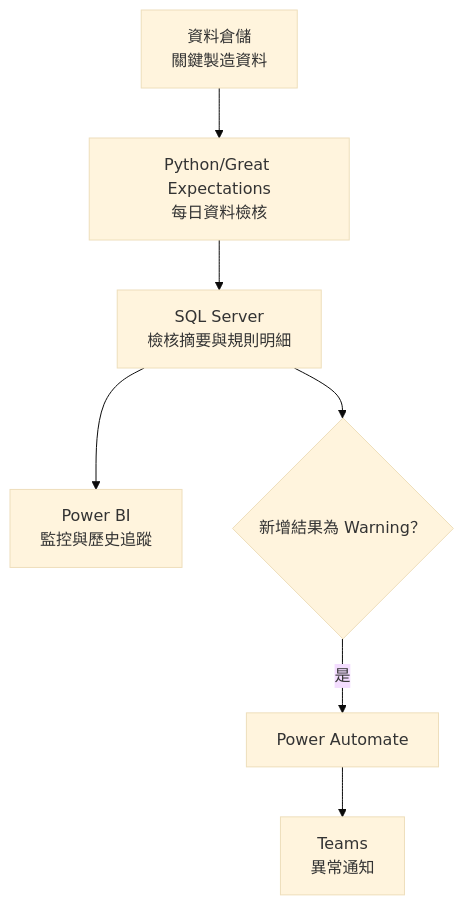
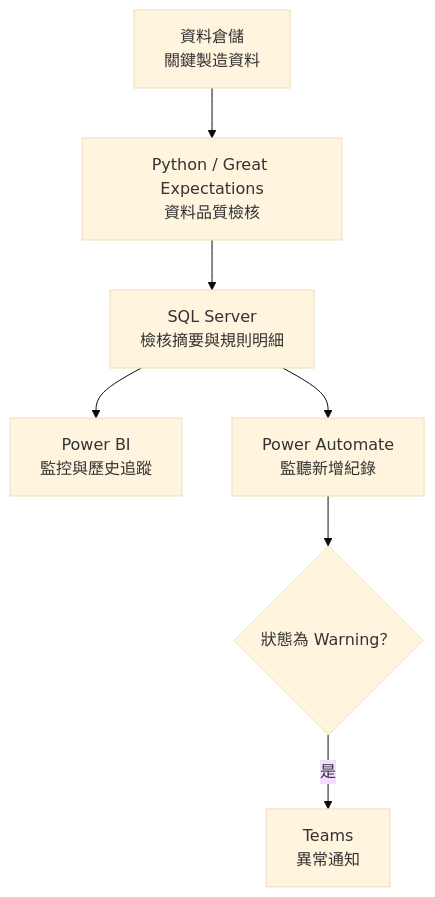
One commit to ChienChienChien/Manufacturing_Data_Quality_Monitoring changed the diagram in README_ZH-TW.md. Above: the diagram before and after it, drawn with Mermaid (base theme). The commit also changed other lines of this file, not shown here.

````diff
--- a/README_ZH-TW.md
+++ b/README_ZH-TW.md
@@ -55,9 +55,9 @@
 ```mermaid
 flowchart TB
-    A["資料倉儲<br/>關鍵製造資料"] --> C["Python/Great Expectations<br/>每日資料檢核"]
+    A["資料倉儲<br/>關鍵製造資料"] --> C["Python / Great Expectations<br/>資料品質檢核"]
     C --> D["SQL Server<br/>檢核摘要與規則明細"]
     D --> E["Power BI<br/>監控與歷史追蹤"]
-    D --> F{"新增結果為 Warning？"}
-    F -->|是| G["Power Automate"]
-    G --> H["Teams<br/>異常通知"]
+    D --> F["Power Automate<br/>監聽新增紀錄"]
+    F --> G{"狀態為 Warning？"}
+    G -->|是| H["Teams<br/>異常通知"]
 ```
````
